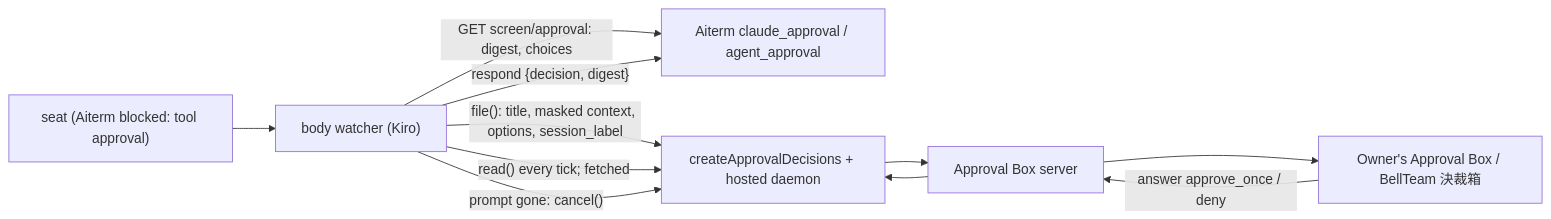
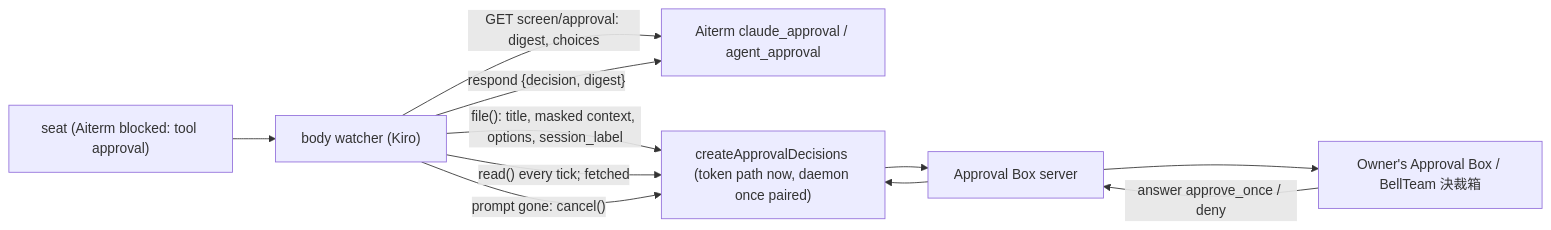
Before and after one commit to kitepon/BellTeam: the second of 2 diagrams in docs/architecture/modules/approval-box-extension/seat-approval-card.md, drawn with Mermaid. The commit also changed other lines of this file, not shown here.

Commit message:
seat-approval-card: file on the connector token path (own connection); the hosted daemon cannot pair while PC_OFFER is off

````diff
--- a/docs/architecture/modules/approval-box-extension/seat-approval-card.md
+++ b/docs/architecture/modules/approval-box-extension/seat-approval-card.md
@@ -49,11 +55,11 @@
 ```mermaid
 flowchart LR
   Seat["seat (Aiterm blocked: tool approval)"] --> Watch["body watcher (Kiro)"]
   Watch -->|"GET screen/approval: digest, choices"| Aiterm["Aiterm claude_approval / agent_approval"]
-  Watch -->|"file(): title, masked context, options, session_label"| Door["createApprovalDecisions + hosted daemon"]
+  Watch -->|"file(): title, masked context, options, session_label"| Door["createApprovalDecisions (token path now, daemon once paired)"]
   Door --> Server["Approval Box server"] --> Phone["Owner's Approval Box / BellTeam 決裁箱"]
   Phone -->|"answer approve_once / deny"| Server --> Door
   Watch -->|"read() every tick; fetched"| Door
   Watch -->|"respond {decision, digest}"| Aiterm
   Watch -->|"prompt gone: cancel()"| Door
 ```
````
